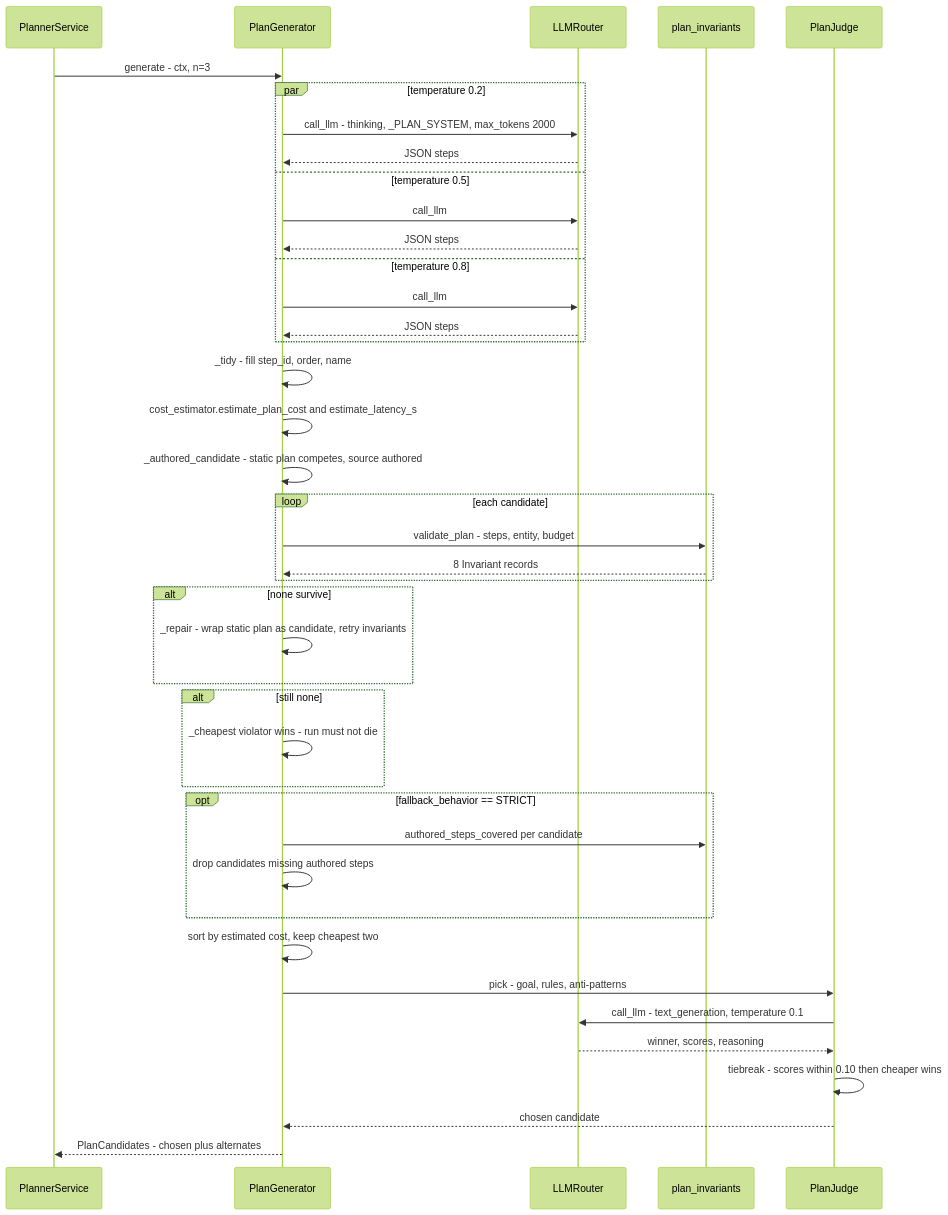
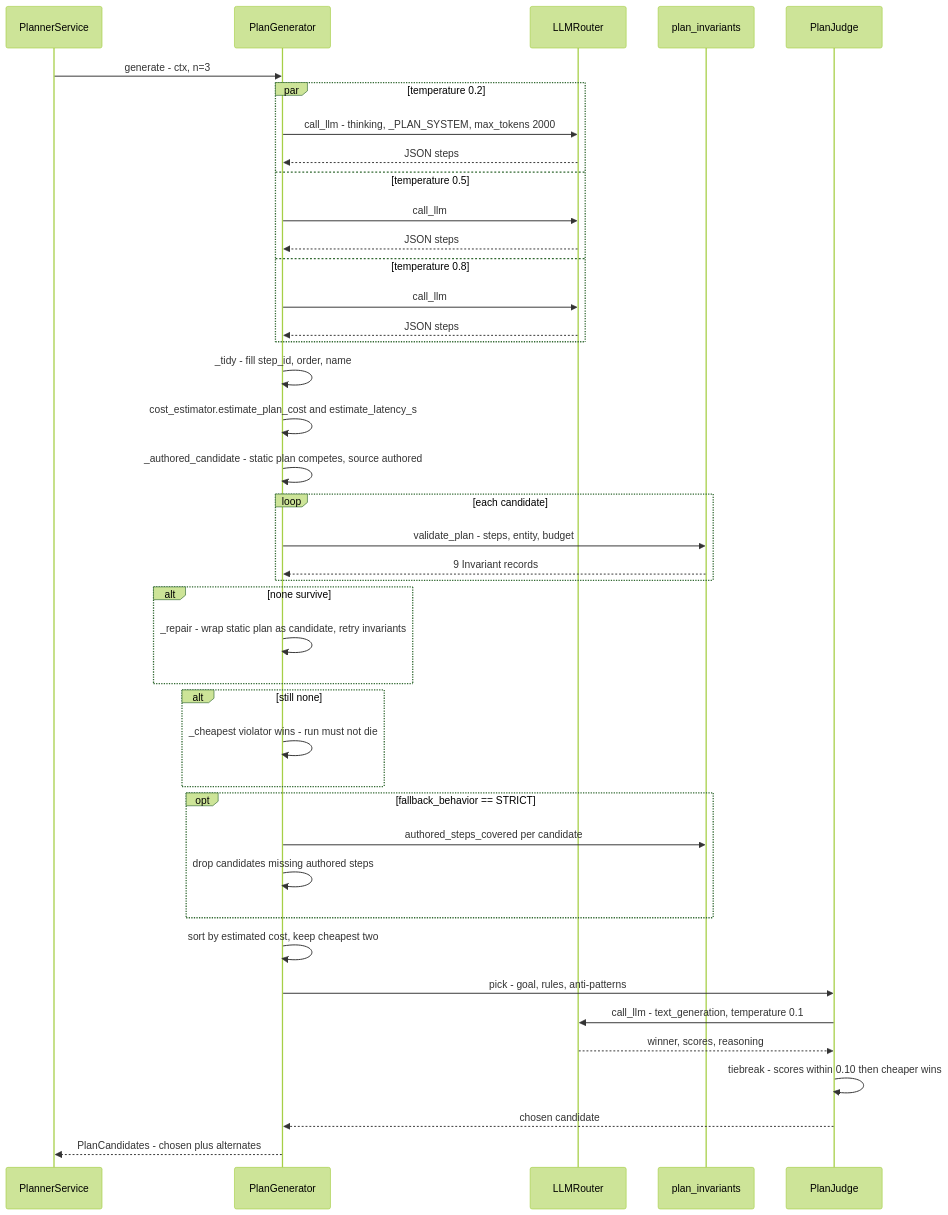
Before and after one commit to gondolerahul/hire-buddha-app: the fifth of 27 diagrams in docs/current/07-planning-and-critics.md, drawn with Mermaid (forest theme). The commit also changed other lines of this file and 7 other files, not shown here.

````diff
--- a/docs/current/07-planning-and-critics.md
+++ b/docs/current/07-planning-and-critics.md
@@ -279,44 +279,44 @@
 ```mermaid
 sequenceDiagram
     participant PSvc as PlannerService
     participant PG as PlanGenerator
     participant LLM as LLMRouter
     participant INV as plan_invariants
     participant PJ as PlanJudge
 
     PSvc->>PG: generate - ctx, n=3
     par temperature 0.2
         PG->>LLM: call_llm - thinking, _PLAN_SYSTEM, max_tokens 2000
         LLM-->>PG: JSON steps
     and temperature 0.5
         PG->>LLM: call_llm
         LLM-->>PG: JSON steps
     and temperature 0.8
         PG->>LLM: call_llm
         LLM-->>PG: JSON steps
     end
     PG->>PG: _tidy - fill step_id, order, name
     PG->>PG: cost_estimator.estimate_plan_cost and estimate_latency_s
     PG->>PG: _authored_candidate - static plan competes, source authored
     loop each candidate
         PG->>INV: validate_plan - steps, entity, budget
-        INV-->>PG: 8 Invariant records
+        INV-->>PG: 9 Invariant records
     end
     alt none survive
         PG->>PG: _repair - wrap static plan as candidate, retry invariants
     end
     alt still none
         PG->>PG: _cheapest violator wins - run must not die
     end
     opt fallback_behavior == STRICT
         PG->>INV: authored_steps_covered per candidate
         PG->>PG: drop candidates missing authored steps
     end
     PG->>PG: sort by estimated cost, keep cheapest two
     PG->>PJ: pick - goal, rules, anti-patterns
     PJ->>LLM: call_llm - text_generation, temperature 0.1
     LLM-->>PJ: winner, scores, reasoning
     PJ->>PJ: tiebreak - scores within 0.10 then cheaper wins
     PJ-->>PG: chosen candidate
     PG-->>PSvc: PlanCandidates - chosen plus alternates
 ```
````
